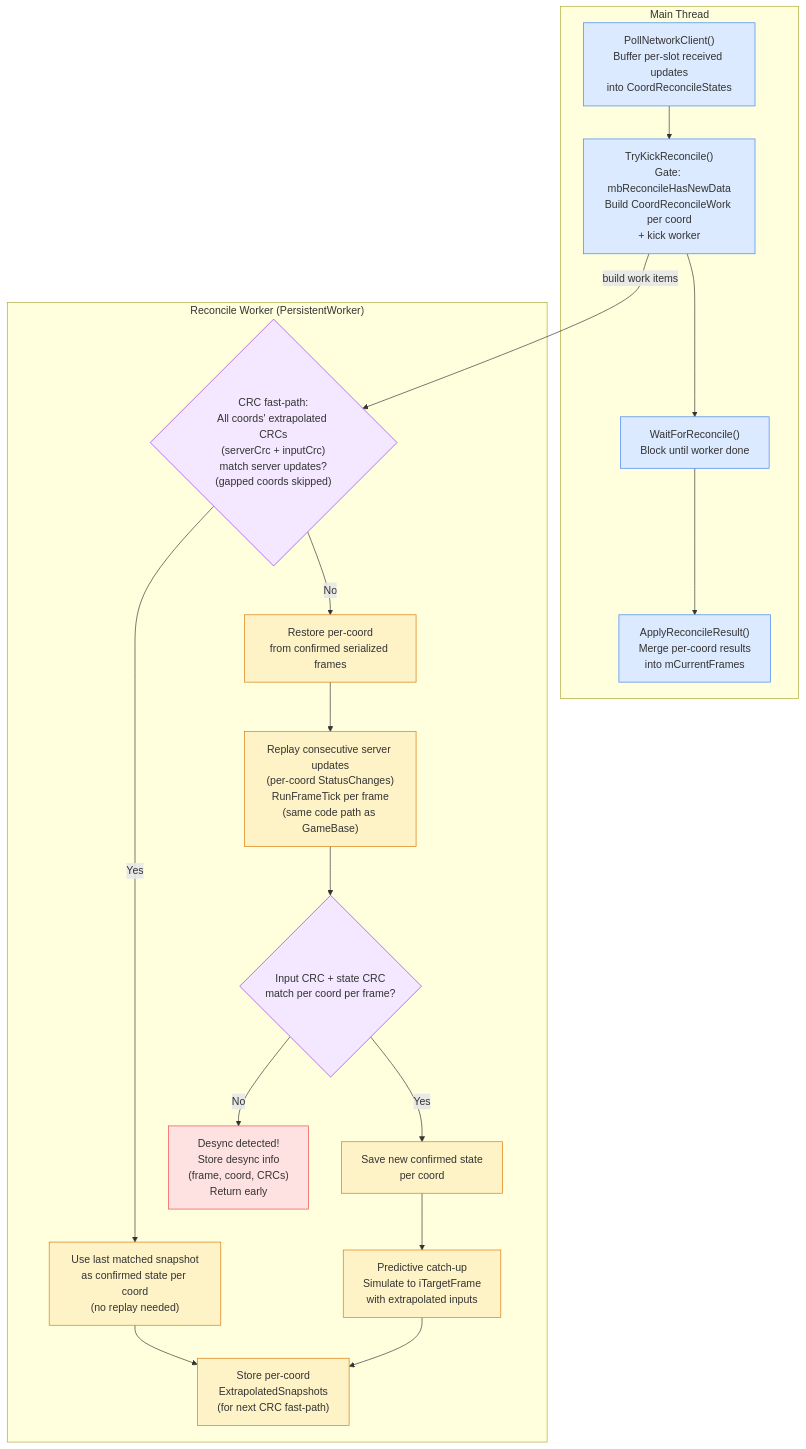
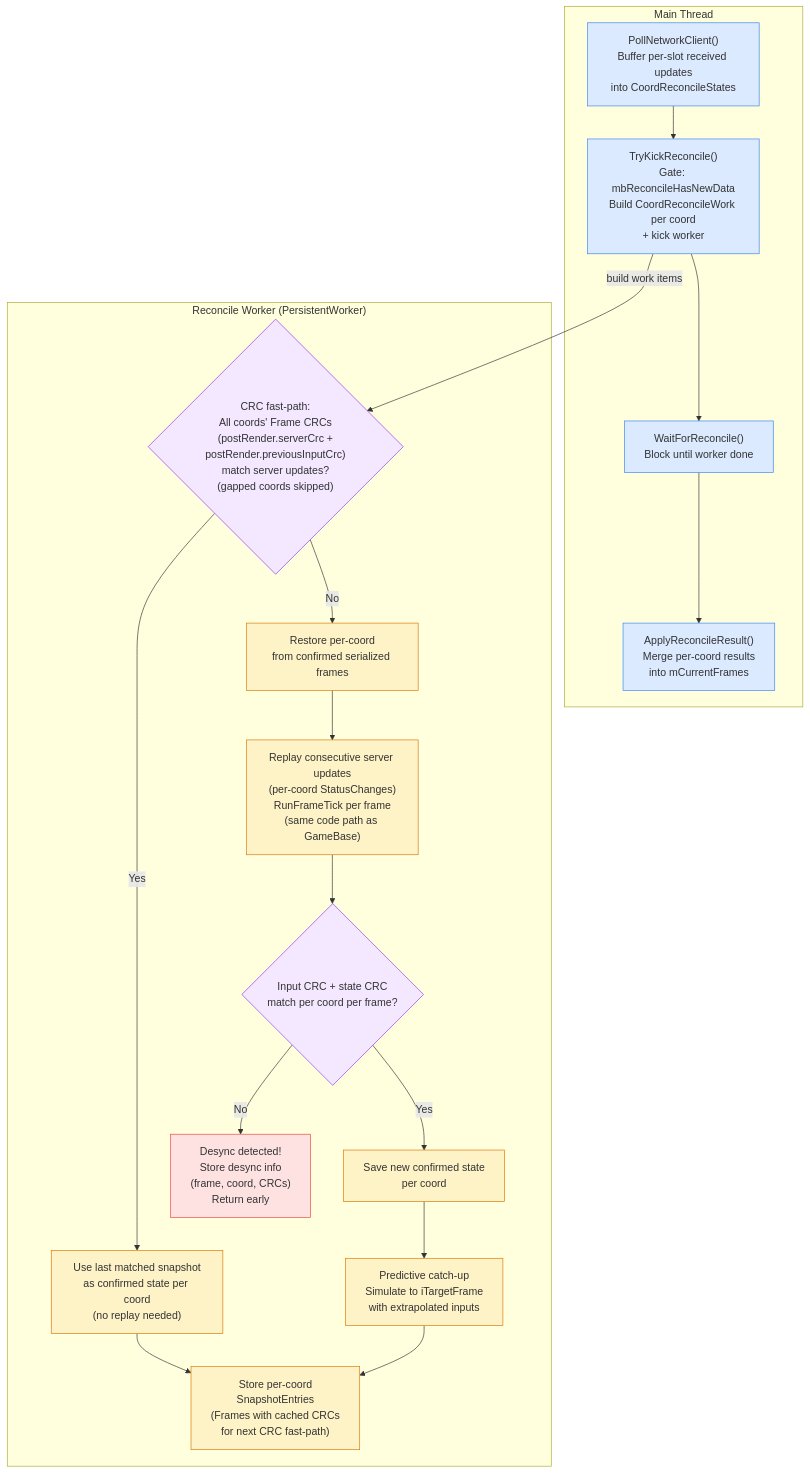
The sixth of 6 diagrams in Documents/Architecture/Network.md (DougTanner/BrokenEnginePublic), drawn with Mermaid before and after one commit. The commit also changed other lines of this file and 151 other files, not shown here.

````diff
--- a/Documents/Architecture/Network.md
+++ b/Documents/Architecture/Network.md
@@ -184,37 +184,37 @@
 ```mermaid
 %%{init: {'theme': 'default'}}%%
 flowchart TD
     classDef mainThread fill:#dbeafe,stroke:#3b82f6
     classDef worker fill:#fef3c7,stroke:#d97706
     classDef decision fill:#f3e8ff,stroke:#9333ea
     classDef desync fill:#fee2e2,stroke:#ef4444
 
     subgraph main ["Main Thread"]
         poll["PollNetworkClient()<br/>Buffer per-slot received updates<br/>into CoordReconcileStates"]:::mainThread
         kick["TryKickReconcile()<br/>Gate: mbReconcileHasNewData<br/>Build CoordReconcileWork per coord<br/>+ kick worker"]:::mainThread
         wait["WaitForReconcile()<br/>Block until worker done"]:::mainThread
         apply["ApplyReconcileResult()<br/>Merge per-coord results<br/>into mCurrentFrames"]:::mainThread
     end
 
     subgraph worker_thread ["Reconcile Worker (PersistentWorker)"]
-        check_crc{"CRC fast-path:<br/>All coords' extrapolated CRCs<br/>(serverCrc + inputCrc)<br/>match server updates?<br/>(gapped coords skipped)"}:::decision
+        check_crc{"CRC fast-path:<br/>All coords' Frame CRCs<br/>(postRender.serverCrc +<br/>postRender.previousInputCrc)<br/>match server updates?<br/>(gapped coords skipped)"}:::decision
 
         fast["Use last matched snapshot<br/>as confirmed state per coord<br/>(no replay needed)"]:::worker
 
         restore["Restore per-coord<br/>from confirmed serialized frames"]:::worker
         replay["Replay consecutive server updates<br/>(per-coord StatusChanges)<br/>RunFrameTick per frame<br/>(same code path as GameBase)"]:::worker
         validate{"Input CRC + state CRC<br/>match per coord per frame?"}:::decision
         save_confirmed["Save new confirmed state<br/>per coord"]:::worker
         catchup["Predictive catch-up<br/>Simulate to iTargetFrame<br/>with extrapolated inputs"]:::worker
-        snapshot["Store per-coord<br/>ExtrapolatedSnapshots<br/>(for next CRC fast-path)"]:::worker
+        snapshot["Store per-coord<br/>SnapshotEntries<br/>(Frames with cached CRCs<br/>for next CRC fast-path)"]:::worker
 
         desync["Desync detected!<br/>Store desync info<br/>(frame, coord, CRCs)<br/>Return early"]:::desync
     end
 
     poll --> kick --> wait --> apply
     kick -->|build work items| check_crc
     check_crc -->|Yes| fast --> snapshot
     check_crc -->|No| restore --> replay --> validate
     validate -->|Yes| save_confirmed --> catchup --> snapshot
     validate -->|No| desync
 ```
````
